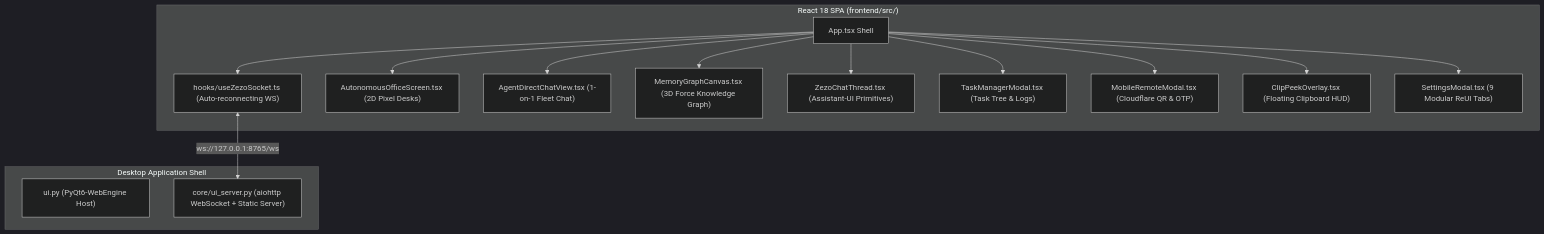
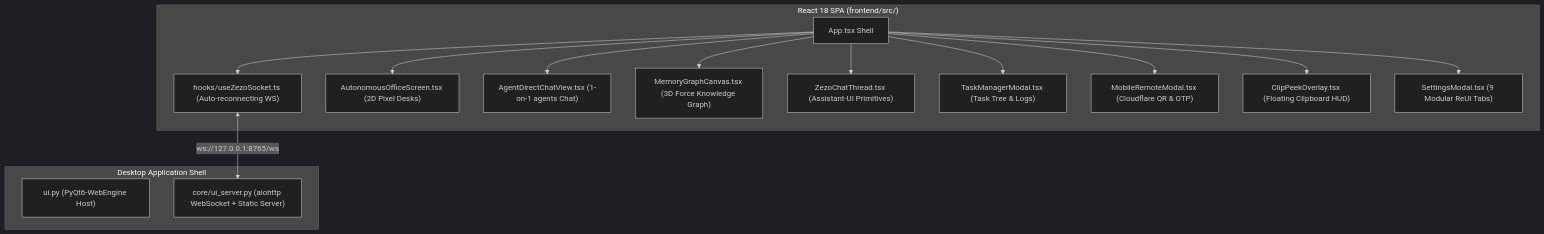
One commit to hamzabukhari07/jarvis-57 changed the second of 9 diagrams in docs/DIAGRAMS.md. Above: the diagram before and after it, drawn with Mermaid (dark theme). The commit also changed other lines of this file and 103 other files, not shown here.

Commit message:
feat: replace fleet system with agents management, docs sync & UI updates

````diff
--- a/docs/DIAGRAMS.md
+++ b/docs/DIAGRAMS.md
@@ -49,24 +49,24 @@
 ```mermaid
 flowchart TD
     subgraph Container["Desktop Application Shell"]
         HostWindow["ui.py (PyQt6-WebEngine Host)"]
         UIServer["core/ui_server.py (aiohttp WebSocket + Static Server)"]
     end
 
     subgraph ReactFrontend["React 18 SPA (frontend/src/)"]
         App["App.tsx Shell"]
         useZezoSocket["hooks/useZezoSocket.ts (Auto-reconnecting WS)"]
         
         App --> useZezoSocket
         useZezoSocket <-->|ws://127.0.0.1:8765/ws| UIServer
 
         App --> Office["AutonomousOfficeScreen.tsx (2D Pixel Desks)"]
-        App --> DirectChat["AgentDirectChatView.tsx (1-on-1 Fleet Chat)"]
+        App --> DirectChat["AgentDirectChatView.tsx (1-on-1 agents Chat)"]
         App --> MemoryCanvas["MemoryGraphCanvas.tsx (3D Force Knowledge Graph)"]
         App --> ChatThread["ZezoChatThread.tsx (Assistant-UI Primitives)"]
         App --> TaskModal["TaskManagerModal.tsx (Task Tree & Logs)"]
         App --> RemoteModal["MobileRemoteModal.tsx (Cloudflare QR & OTP)"]
         App --> ClipPeek["ClipPeekOverlay.tsx (Floating Clipboard HUD)"]
         App --> Settings["SettingsModal.tsx (9 Modular ReUI Tabs)"]
     end
 ```
````
